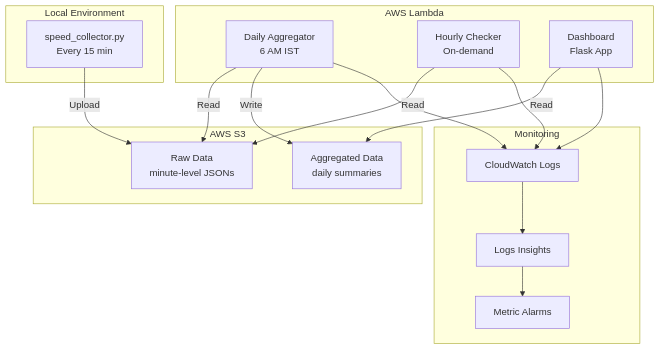
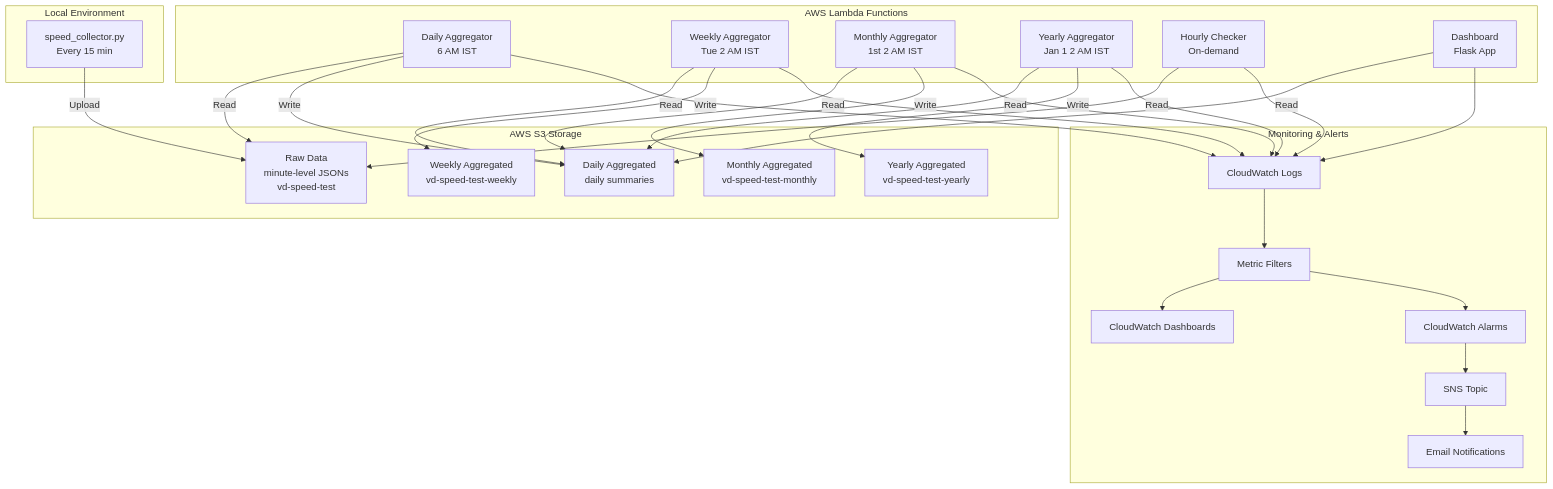
Before and after one commit to varadharajaan/internet-speed-tester: the first of 3 diagrams in README.md, drawn with Mermaid. The commit also changed other lines of this file and 1 other file, not shown here.

Commit message:
Refactor template.yaml: Clean up comments, streamline S3 bucket variables, and enhance CloudWatch Logs Insights queries for better monitoring and analysis. Removed redundant Lambda permissions and fixed outputs for function URLs.

````diff
--- a/README.md
+++ b/README.md
@@ -60,34 +70,55 @@
 ```mermaid
 graph TB
     subgraph "Local Environment"
         A[speed_collector.py<br/>Every 15 min] 
     end
     
-    subgraph "AWS S3"
-        B[Raw Data<br/>minute-level JSONs]
-        C[Aggregated Data<br/>daily summaries]
+    subgraph "AWS S3 Storage"
+        B[Raw Data<br/>minute-level JSONs<br/>vd-speed-test]
+        C[Daily Aggregated<br/>daily summaries]
+        D[Weekly Aggregated<br/>vd-speed-test-weekly]
+        E[Monthly Aggregated<br/>vd-speed-test-monthly]
+        F[Yearly Aggregated<br/>vd-speed-test-yearly]
     end
     
-    subgraph "AWS Lambda"
-        D[Daily Aggregator<br/>6 AM IST]
-        E[Hourly Checker<br/>On-demand]
-        F[Dashboard<br/>Flask App]
+    subgraph "AWS Lambda Functions"
+        G[Daily Aggregator<br/>6 AM IST]
+        H[Weekly Aggregator<br/>Tue 2 AM IST]
+        I[Monthly Aggregator<br/>1st 2 AM IST]
+        J[Yearly Aggregator<br/>Jan 1 2 AM IST]
+        K[Hourly Checker<br/>On-demand]
+        L[Dashboard<br/>Flask App]
     end
     
-    subgraph "Monitoring"
-        G[CloudWatch Logs]
-        H[Logs Insights]
-        I[Metric Alarms]
+    subgraph "Monitoring & Alerts"
+        M[CloudWatch Logs]
+        N[Metric Filters]
+        O[CloudWatch Dashboards]
+        P[CloudWatch Alarms]
+        Q[SNS Topic]
+        R[Email Notifications]
     end
     
     A -->|Upload| B
-    D -->|Read| B
-    D -->|Write| C
-    E -->|Read| B
-    F -->|Read| C
-    D --> G
-    E --> G
-    F --> G
-    G --> H
-    H --> I
+    G -->|Read| B
+    G -->|Write| C
+    H -->|Read| C
+    H -->|Write| D
+    I -->|Read| C
+    I -->|Write| E
+    J -->|Read| C
+    J -->|Write| F
+    K -->|Read| B
+    L -->|Read| C
+    G --> M
+    H --> M
+    I --> M
+    J --> M
+    K --> M
+    L --> M
+    M --> N
+    N --> O
+    N --> P
+    P --> Q
+    Q --> R
 ```
````
